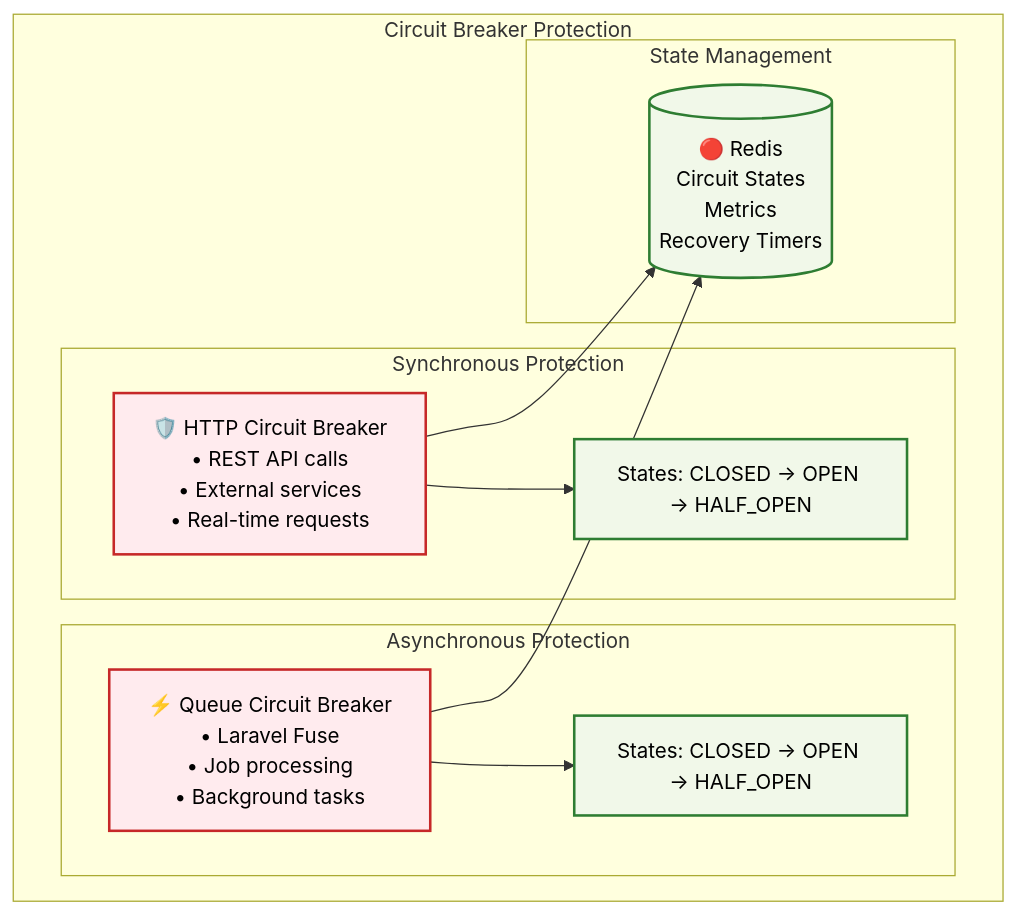
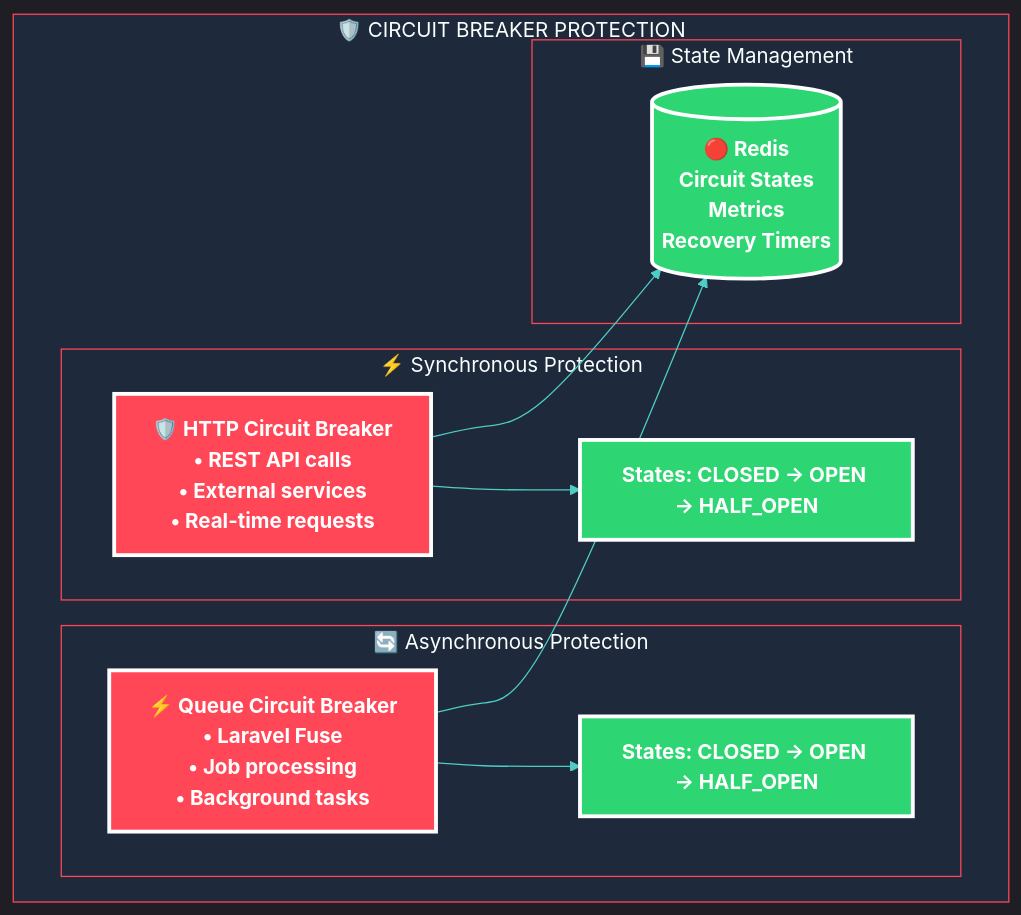
The fourth of 8 diagrams in diagrams/microservices-architecture.md (abdoElHodaky/larvrevrstender), drawn with Mermaid before and after one commit. The commit also changed other lines of this file and 1 other file, not shown here.

First line of the commit message:
feat: Redesign microservices and workflow diagrams with distinguished eye-catching styling

````diff
--- a/diagrams/microservices-architecture.md
+++ b/diagrams/microservices-architecture.md
@@ -195,29 +247,45 @@
 ```mermaid
+%%{init: {
+  'theme': 'dark',
+  'themeVariables': {
+    'primaryColor': '#FF4757',
+    'primaryTextColor': '#FFFFFF',
+    'primaryBorderColor': '#FF6B7A',
+    'lineColor': '#4ECDC4',
+    'background': '#0F172A',
+    'mainBkg': '#1E293B',
+    'clusterBkg': '#1E293B',
+    'clusterBorder': '#FF4757',
+    'nodeTextColor': '#FFFFFF',
+    'edgeColor': '#4ECDC4'
+  }
+}}%%
+
 graph TB
-    subgraph "Circuit Breaker Protection"
-        subgraph "Synchronous Protection"
+    subgraph "🛡️ CIRCUIT BREAKER PROTECTION"
+        subgraph "⚡ Synchronous Protection"
             SYNC_CB[🛡️ HTTP Circuit Breaker<br/>• REST API calls<br/>• External services<br/>• Real-time requests]
             SYNC_STATES[States: CLOSED → OPEN → HALF_OPEN]
         end
         
-        subgraph "Asynchronous Protection"
+        subgraph "🔄 Asynchronous Protection"
             ASYNC_CB[⚡ Queue Circuit Breaker<br/>• Laravel Fuse<br/>• Job processing<br/>• Background tasks]
             ASYNC_STATES[States: CLOSED → OPEN → HALF_OPEN]
         end
         
-        subgraph "State Management"
+        subgraph "💾 State Management"
             REDIS_STATE[(🔴 Redis<br/>Circuit States<br/>Metrics<br/>Recovery Timers)]
         end
     end
 
     SYNC_CB --> REDIS_STATE
     ASYNC_CB --> REDIS_STATE
     SYNC_CB --> SYNC_STATES
     ASYNC_CB --> ASYNC_STATES
 
-    classDef cbStyle fill:#ffebee,stroke:#c62828,stroke-width:2px,color:#000
-    classDef stateStyle fill:#f1f8e9,stroke:#2e7d32,stroke-width:2px,color:#000
+    classDef cbStyle fill:#FF4757,stroke:#FFFFFF,stroke-width:3px,color:#FFFFFF,font-weight:bold
+    classDef stateStyle fill:#2ED573,stroke:#FFFFFF,stroke-width:3px,color:#FFFFFF,font-weight:bold
     
     class SYNC_CB,ASYNC_CB cbStyle
     class SYNC_STATES,ASYNC_STATES,REDIS_STATE stateStyle
 ```
````
